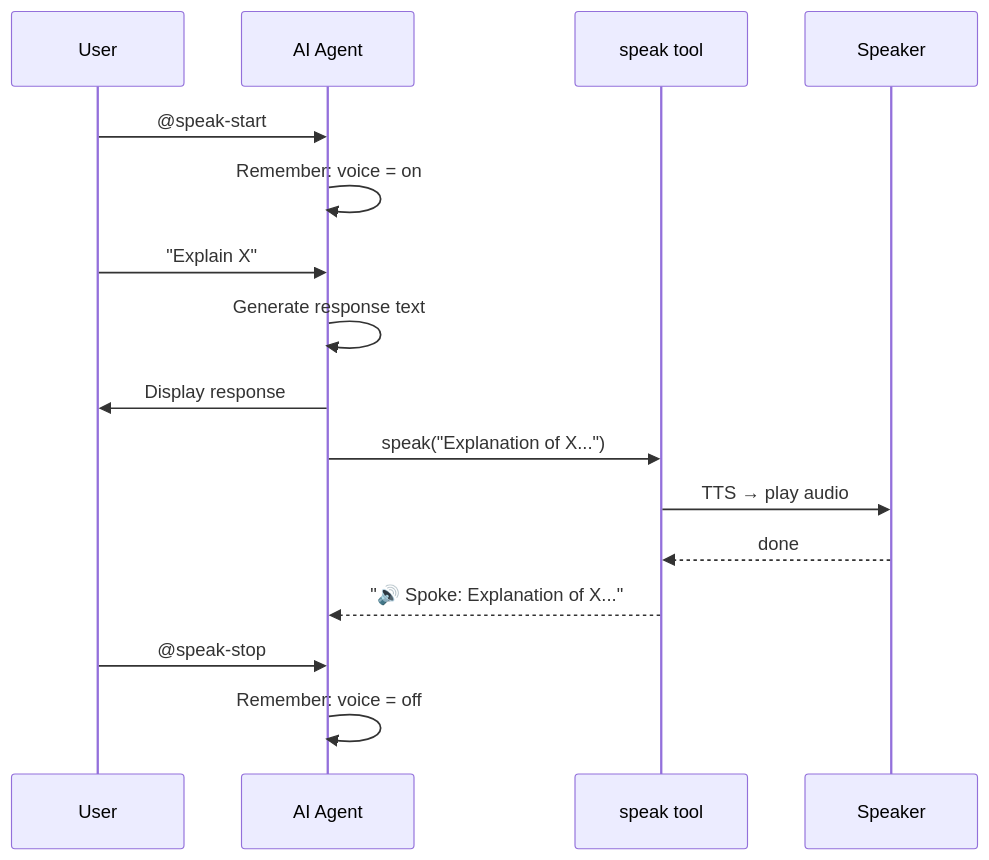
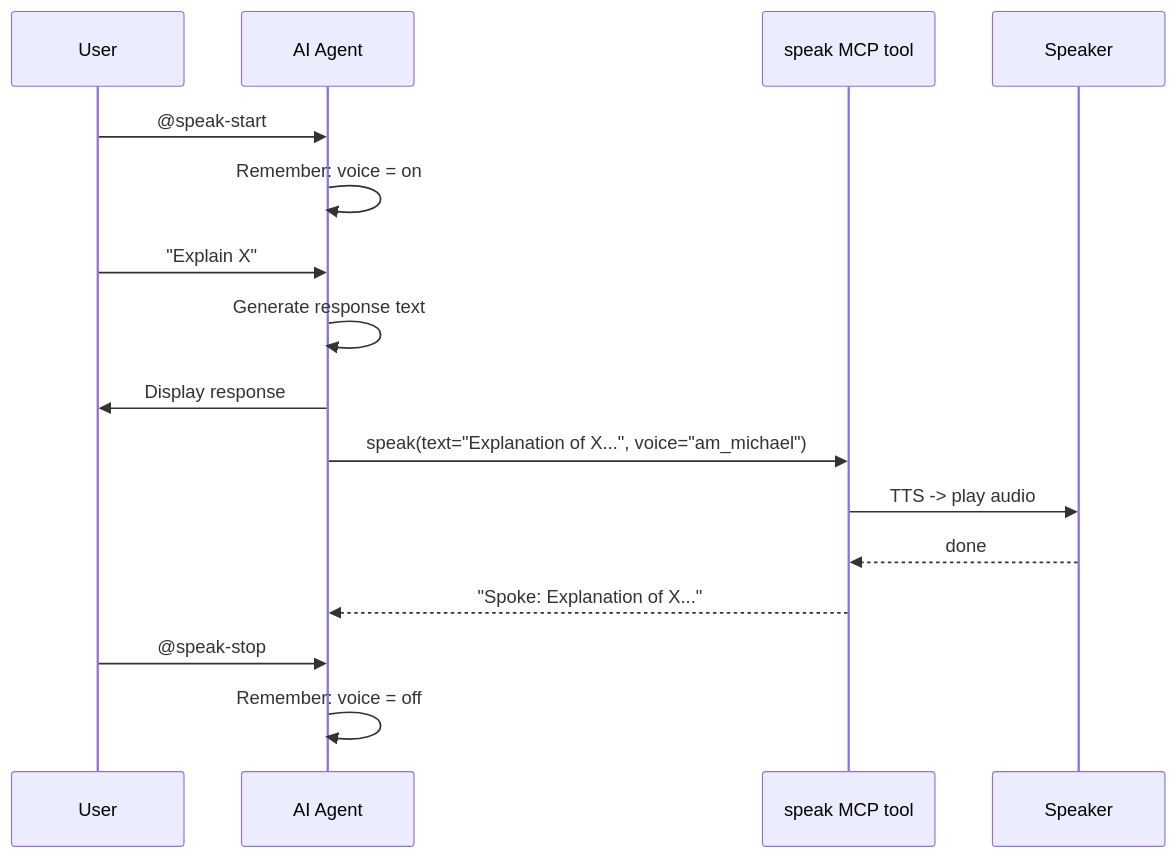
Before and after one commit to NetDevAutomate/Agent-Speaker: the diagram in docs/use-cases.md, drawn with Mermaid. The commit also changed other lines of this file and 22 other files, not shown here.

First line of the commit message:
refactor: MCP-first architecture with shared engine, remove legacy wrapper

````diff
--- a/docs/use-cases.md
+++ b/docs/use-cases.md
@@ -154,21 +140,21 @@
 ```mermaid
 sequenceDiagram
     participant User
     participant Agent as AI Agent
-    participant Tool as speak tool
+    participant MCP as speak MCP tool
     participant Audio as Speaker
 
     User->>Agent: @speak-start
     Agent->>Agent: Remember: voice = on
 
     User->>Agent: "Explain X"
     Agent->>Agent: Generate response text
     Agent->>User: Display response
-    Agent->>Tool: speak("Explanation of X...")
-    Tool->>Audio: TTS → play audio
-    Audio-->>Tool: done
-    Tool-->>Agent: "🔊 Spoke: Explanation of X..."
+    Agent->>MCP: speak(text="Explanation of X...", voice="am_michael")
+    MCP->>Audio: TTS -> play audio
+    Audio-->>MCP: done
+    MCP-->>Agent: "Spoke: Explanation of X..."
 
     User->>Agent: @speak-stop
     Agent->>Agent: Remember: voice = off
 ```
````
